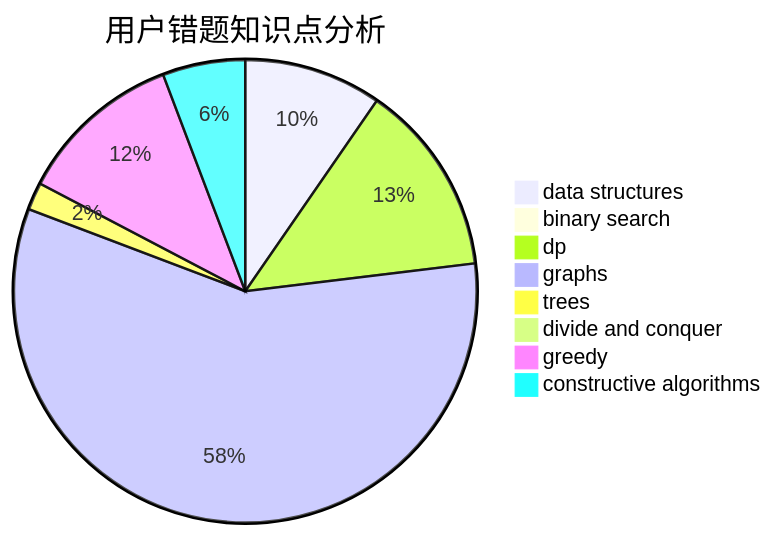
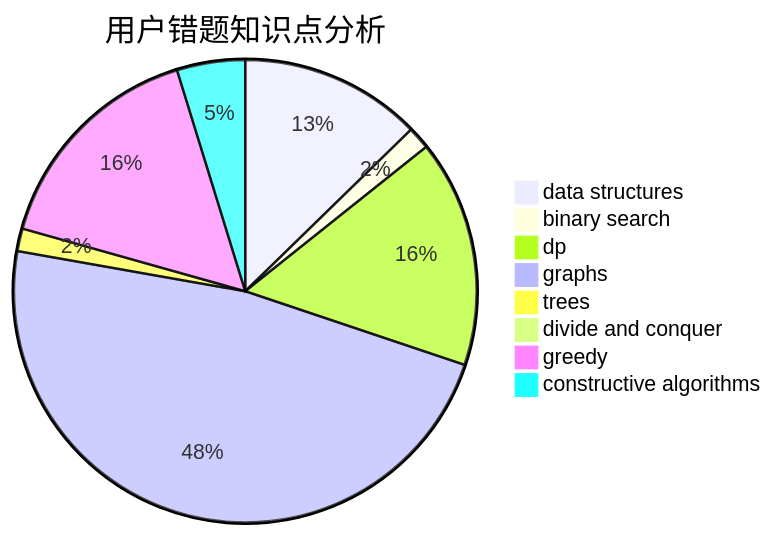
The third of 3 diagrams in docs/user/u510.md (sherpahu/cfrs.github.io), drawn with Mermaid before and after one commit. The commit also changed other lines of this file and 2770 other files, not shown here.

````diff
--- a/docs/user/u510.md
+++ b/docs/user/u510.md
@@ -36,11 +36,11 @@
 ```mermaid
 pie title 用户错题知识点分析
-    "data structures" :  5
-    "binary search" :  0
-    "dp" :  7
+    "data structures" :  8
+    "binary search" :  1
+    "dp" :  10
     "graphs" :  30
     "trees" :  1
     "divide and conquer" :  0
-    "greedy" :  6
+    "greedy" :  10
     "constructive algorithms" :  3
 ```
````
